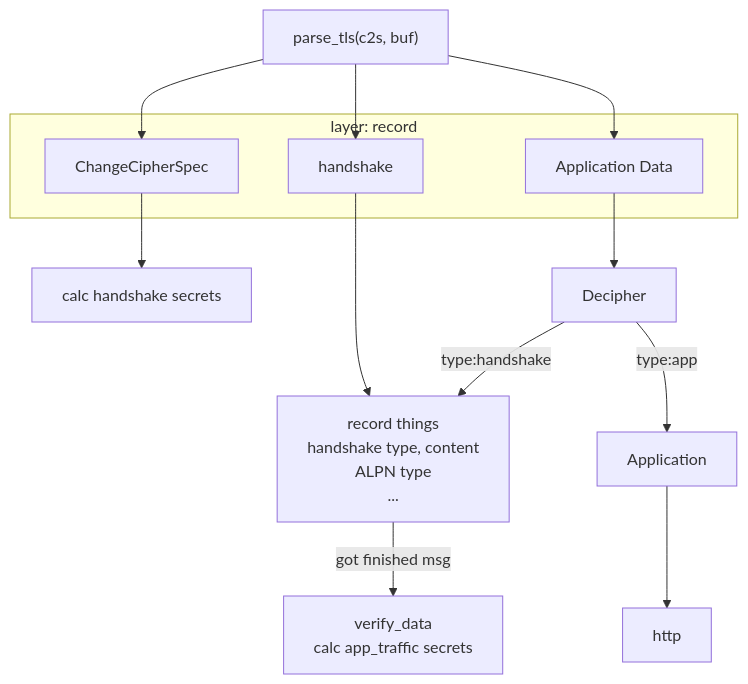
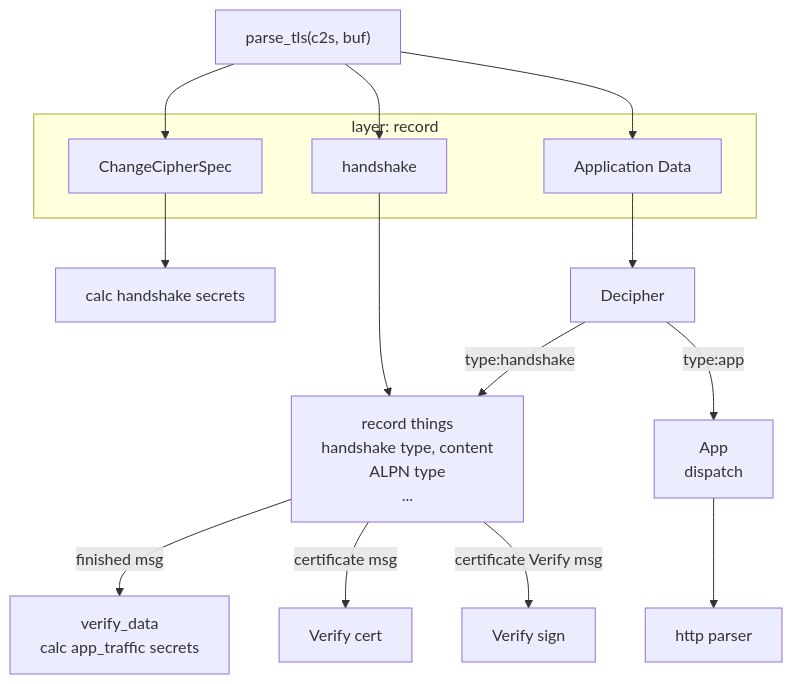
One commit to gentheaven/openssl_dec changed the diagram in README.en.md. Above: the diagram before and after it, drawn with Mermaid. The commit also changed 4 other files, not shown here.

````diff
--- a/README.en.md
+++ b/README.en.md
@@ -29,29 +29,31 @@
 ```mermaid
 graph
 parse_tls["parse_tls(c2s, buf)"]
 
 subgraph record[layer: record]
 handshake
 app[Application Data]
 CCS[ChangeCipherSpec]
 end
 
 type_app[record things<br>handshake type, content<BR>ALPN type<br>...]
 finished[verify_data<br>calc app_traffic secrets]
 
 type_hs[calc handshake secrets]
 
 parse_tls  --> handshake
 parse_tls  --> CCS
 parse_tls --> app
 
 handshake  --> type_app
-type_app --got finished msg --> finished
+type_app --finished msg --> finished
+type_app --certificate msg --> vc[Verify cert]
+type_app --certificate Verify msg --> vcw[Verify sign]
 
 CCS --> type_hs
 app --> decode[Decipher]
 decode --type:handshake--> type_app
-decode --type:app --> Application
-Application --> http
+decode --type:app --> Application[App<br>dispatch]
+Application --> http[http parser]
 
 ```
````
